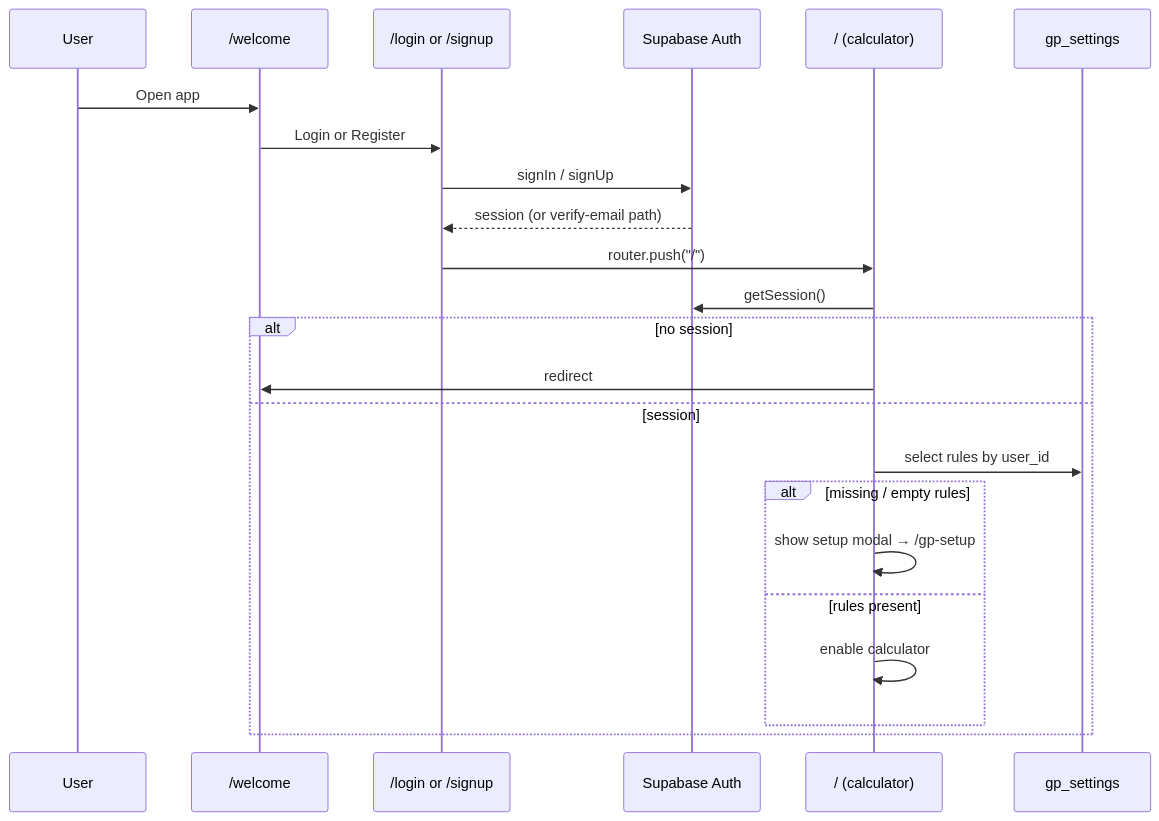
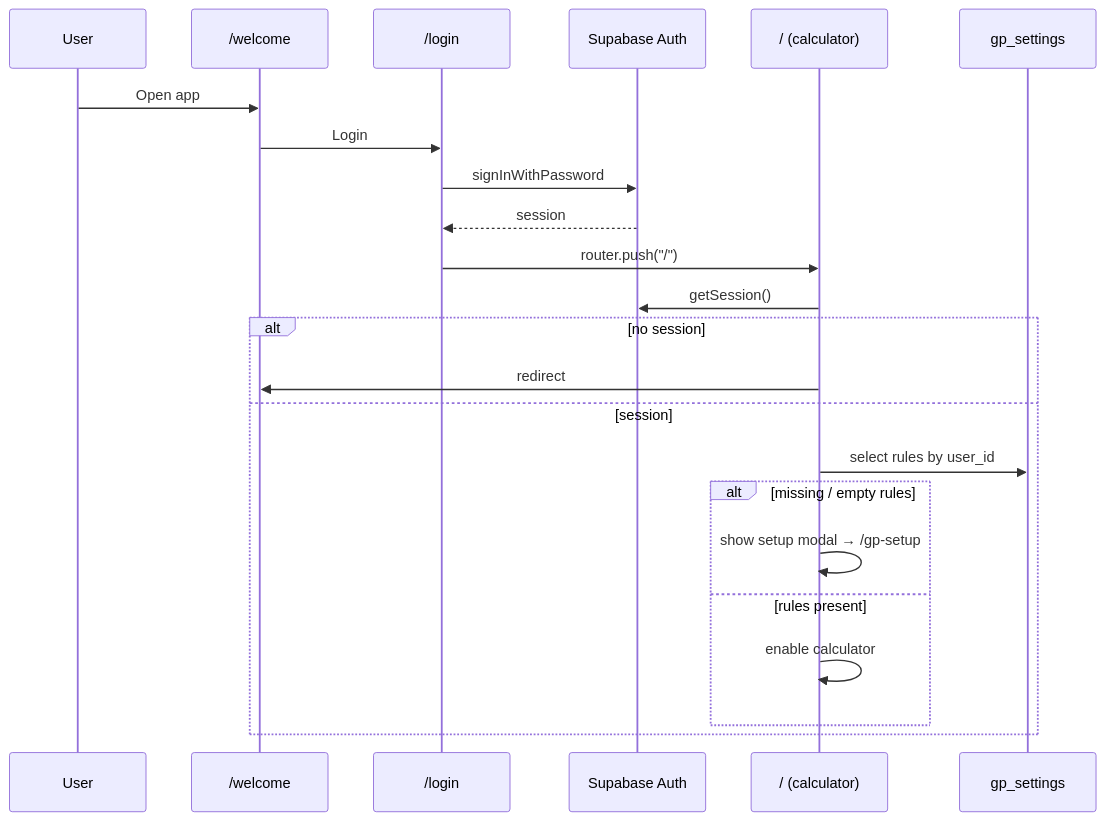
The third of 7 diagrams in docs/ARCHITECTURE.md (DanWarham/wine-gp-calculator), drawn with Mermaid before and after one commit. The commit also changed other lines of this file and 16 other files, not shown here.

````diff
--- a/docs/ARCHITECTURE.md
+++ b/docs/ARCHITECTURE.md
@@ -150,26 +150,26 @@
 ```mermaid
 sequenceDiagram
   participant U as User
   participant W as /welcome
-  participant L as /login or /signup
+  participant L as /login
   participant S as Supabase Auth
   participant H as / (calculator)
   participant DB as gp_settings
 
   U->>W: Open app
-  W->>L: Login or Register
-  L->>S: signIn / signUp
-  S-->>L: session (or verify-email path)
+  W->>L: Login
+  L->>S: signInWithPassword
+  S-->>L: session
   L->>H: router.push("/")
   H->>S: getSession()
   alt no session
     H->>W: redirect
   else session
     H->>DB: select rules by user_id
     alt missing / empty rules
       H->>H: show setup modal → /gp-setup
     else rules present
       H->>H: enable calculator
     end
   end
 ```
````
